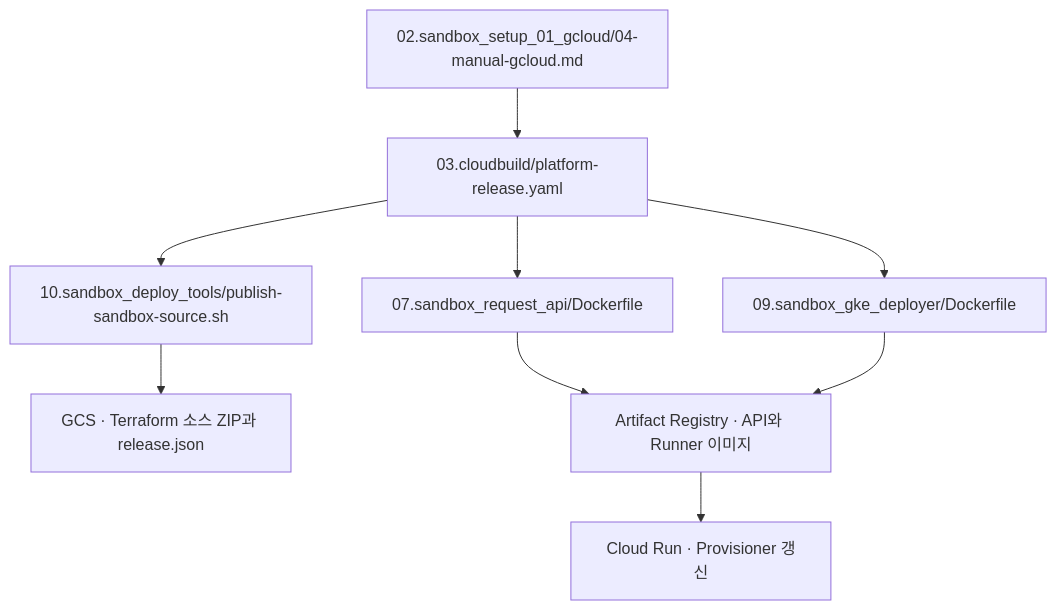
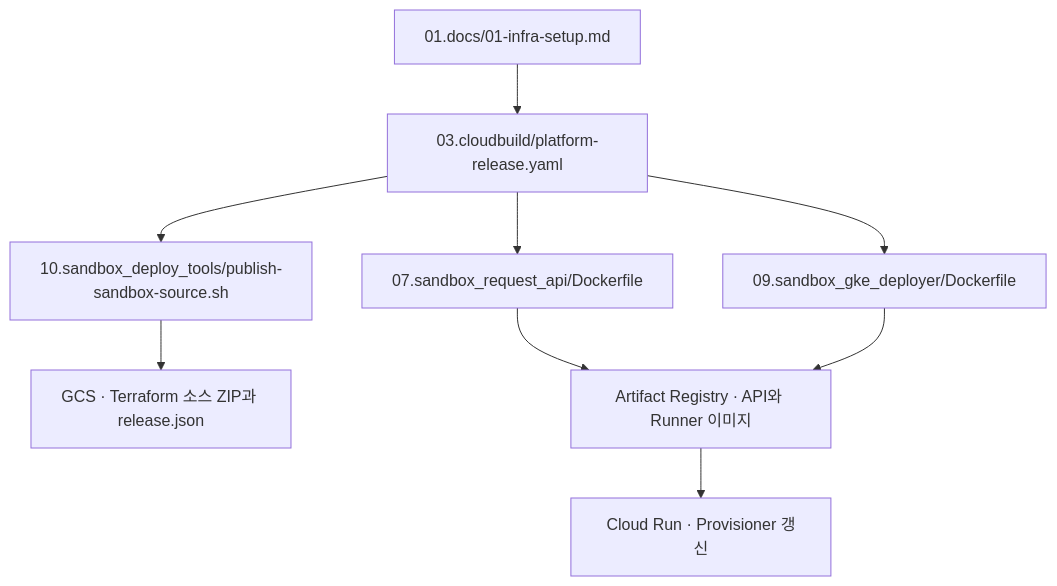
The second of 6 diagrams in 01.docs/reference/file-relationships.md (sonmap/https-github.com-sonmap-GCP_SBX_Test02), drawn with Mermaid before and after one commit. The commit also changed other lines of this file and 32 other files, not shown here.

````diff
--- a/01.docs/reference/file-relationships.md
+++ b/01.docs/reference/file-relationships.md
@@ -43,16 +43,16 @@
 ```mermaid
 flowchart TD
-    OP["02.sandbox_setup_01_gcloud/04-manual-gcloud.md"]
+    OP["01.docs/01-infra-setup.md"]
     REL["03.cloudbuild/platform-release.yaml"]
     API["07.sandbox_request_api/Dockerfile"]
     RUN["09.sandbox_gke_deployer/Dockerfile"]
     PUB["10.sandbox_deploy_tools/publish-sandbox-source.sh"]
     ZIP["GCS · Terraform 소스 ZIP과 release.json"]
     AR["Artifact Registry · API와 Runner 이미지"]
     CR["Cloud Run · Provisioner 갱신"]
     OP --> REL
     REL --> API --> AR
     REL --> RUN --> AR
     REL --> PUB --> ZIP
     AR --> CR
 ```
````
